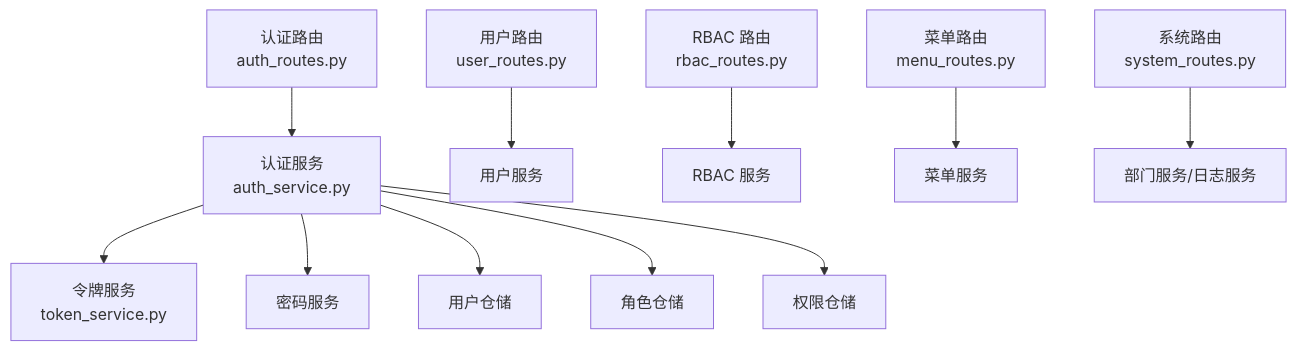
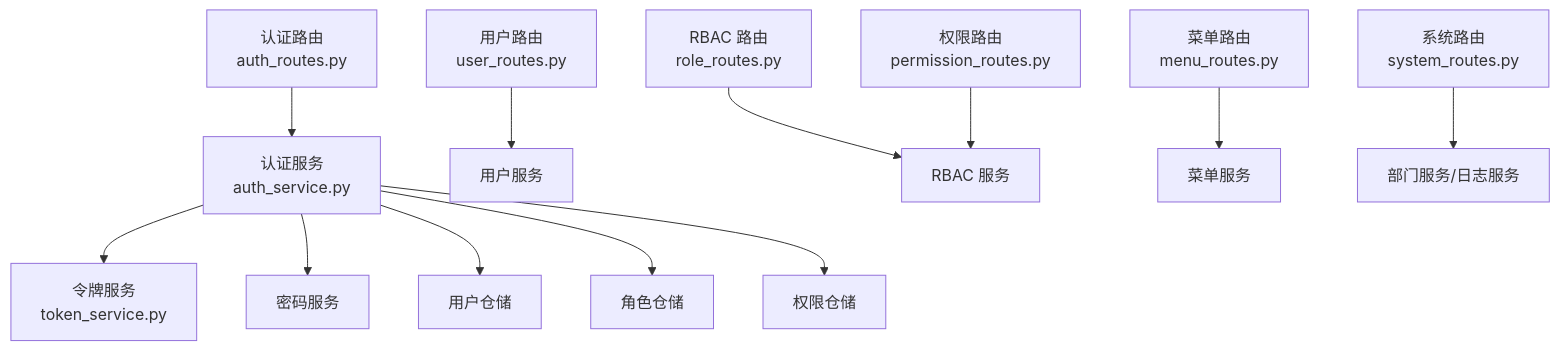
One commit to taoweidong/Hello-FastApi changed the fourth of 4 diagrams in .qoder/repowiki/zh/content/API 接口文档/API 接口文档.md. Above: the diagram before and after it, drawn with Mermaid. The commit also changed other lines of this file and 61 other files, not shown here.

````diff
--- a/.qoder/repowiki/zh/content/API 接口文档/API 接口文档.md
+++ b/.qoder/repowiki/zh/content/API 接口文档/API 接口文档.md
@@ -430,13 +461,14 @@
 ```mermaid
 graph TB
 R1["认证路由<br/>auth_routes.py"] --> S1["认证服务<br/>auth_service.py"]
 R2["用户路由<br/>user_routes.py"] --> S2["用户服务"]
-R3["RBAC 路由<br/>rbac_routes.py"] --> S3["RBAC 服务"]
-R4["菜单路由<br/>menu_routes.py"] --> S4["菜单服务"]
-R5["系统路由<br/>system_routes.py"] --> S5["部门服务/日志服务"]
+R3["RBAC 路由<br/>role_routes.py"] --> S3["RBAC 服务"]
+R4["权限路由<br/>permission_routes.py"] --> S3
+R5["菜单路由<br/>menu_routes.py"] --> S4["菜单服务"]
+R6["系统路由<br/>system_routes.py"] --> S5["部门服务/日志服务"]
 S1 --> T1["令牌服务<br/>token_service.py"]
 S1 --> P1["密码服务"]
 S1 --> URepo["用户仓储"]
 S1 --> RRepo["角色仓储"]
 S1 --> PerRepo["权限仓储"]
 ```
````
